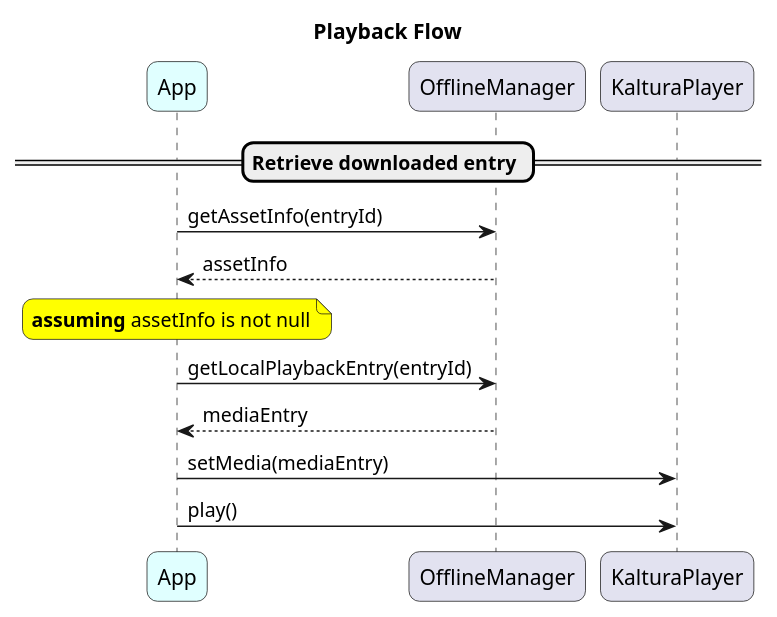
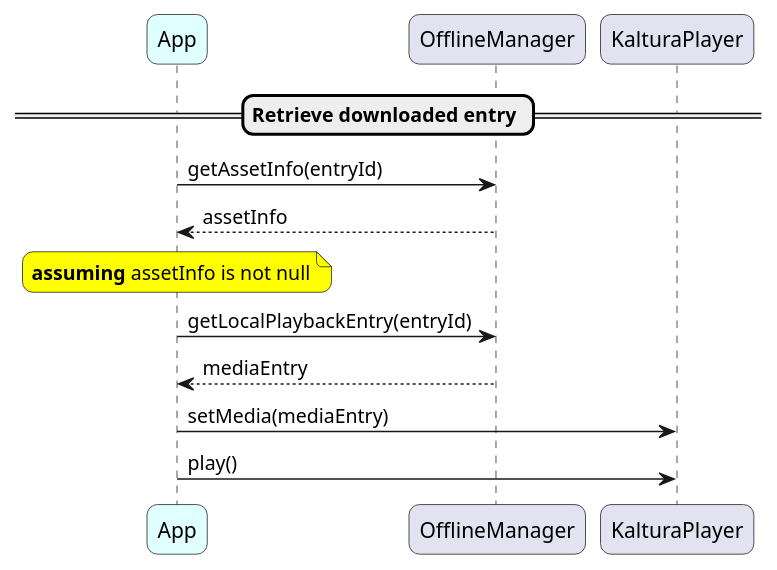
One commit to kaltura/kaltura-player-android changed the third of 4 diagrams in docs/offline/Offline.puml. Above: the diagram before and after it, drawn with PlantUML. The commit also changed other lines of this file and 5 other files, not shown here.

Commit message:
Remove diagram title from puml

```diff
--- a/docs/offline/Offline.puml
+++ b/docs/offline/Offline.puml
@@ -84,23 +84,23 @@
 @startuml Playback
-title Playback Flow
+
 skinparam backgroundColor transparent
 skinparam roundCorner 14
 skinparam NoteBackgroundColor #ffff00
 
 participant App #lightcyan
 participant OfflineManager as Offline
 participant KalturaPlayer as Player
 
 == Retrieve downloaded entry ==
 App->Offline: getAssetInfo(entryId)
 return assetInfo
 
 note over App: **assuming** assetInfo is not null
 
 App->Offline: getLocalPlaybackEntry(entryId)
 return mediaEntry
 
 App->Player: setMedia(mediaEntry)
 App->Player: play()
 
 @enduml
```
